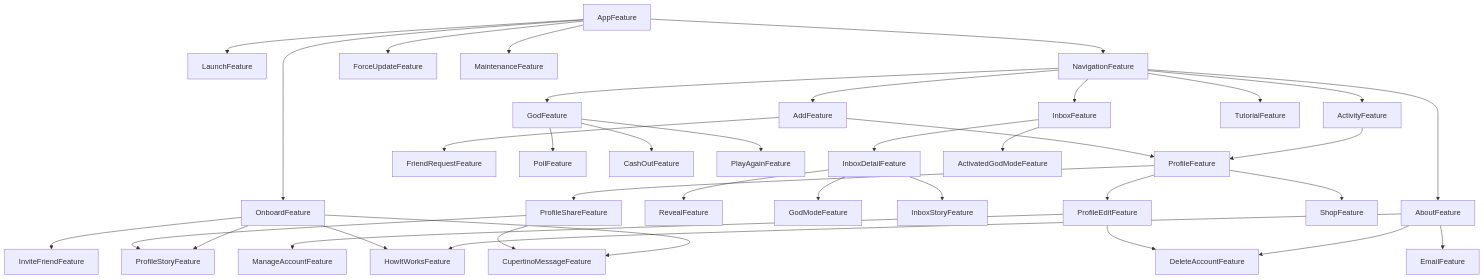
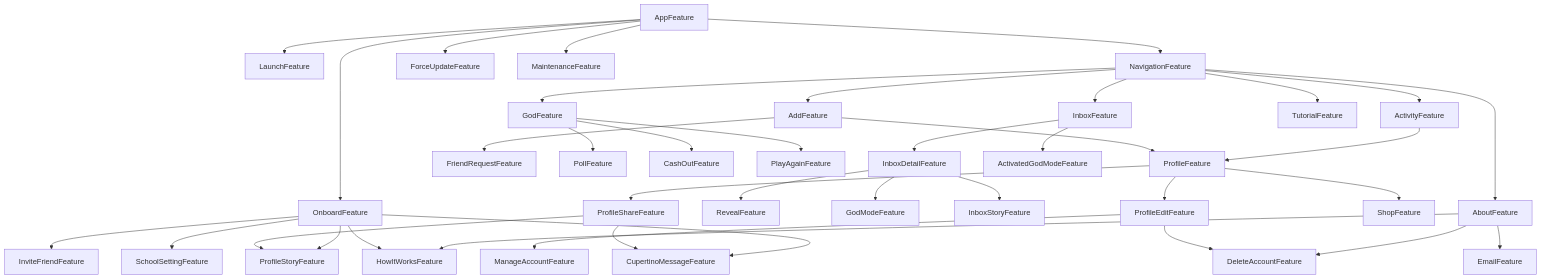
The diagram in Packages/GodPackage/README.md (0x1-company/god-ios), drawn with Mermaid before and after one commit. The commit also changed 1 other file, not shown here.

Commit message:
chore: 🤖 dgraph

````diff
--- a/Packages/GodPackage/README.md
+++ b/Packages/GodPackage/README.md
@@ -6,39 +6,40 @@
 ```mermaid
 graph TD;
     AboutFeature-->EmailFeature;
     AboutFeature-->HowItWorksFeature;
     AboutFeature-->DeleteAccountFeature;
     ActivityFeature-->ProfileFeature;
     AddFeature-->ProfileFeature;
     AddFeature-->FriendRequestFeature;
     AppFeature-->LaunchFeature;
     AppFeature-->OnboardFeature;
     AppFeature-->NavigationFeature;
     AppFeature-->ForceUpdateFeature;
     AppFeature-->MaintenanceFeature;
     GodFeature-->PollFeature;
     GodFeature-->CashOutFeature;
     GodFeature-->PlayAgainFeature;
     InboxDetailFeature-->RevealFeature;
     InboxDetailFeature-->GodModeFeature;
     InboxDetailFeature-->InboxStoryFeature;
     InboxFeature-->InboxDetailFeature;
     InboxFeature-->ActivatedGodModeFeature;
     NavigationFeature-->AddFeature;
     NavigationFeature-->GodFeature;
     NavigationFeature-->InboxFeature;
     NavigationFeature-->AboutFeature;
     NavigationFeature-->ActivityFeature;
     NavigationFeature-->TutorialFeature;
     OnboardFeature-->HowItWorksFeature;
     OnboardFeature-->ProfileStoryFeature;
     OnboardFeature-->InviteFriendFeature;
+    OnboardFeature-->SchoolSettingFeature;
     OnboardFeature-->CupertinoMessageFeature;
     ProfileEditFeature-->ManageAccountFeature;
     ProfileEditFeature-->DeleteAccountFeature;
     ProfileFeature-->ShopFeature;
     ProfileFeature-->ProfileEditFeature;
     ProfileFeature-->ProfileShareFeature;
     ProfileShareFeature-->ProfileStoryFeature;
     ProfileShareFeature-->CupertinoMessageFeature;
 ```
````
